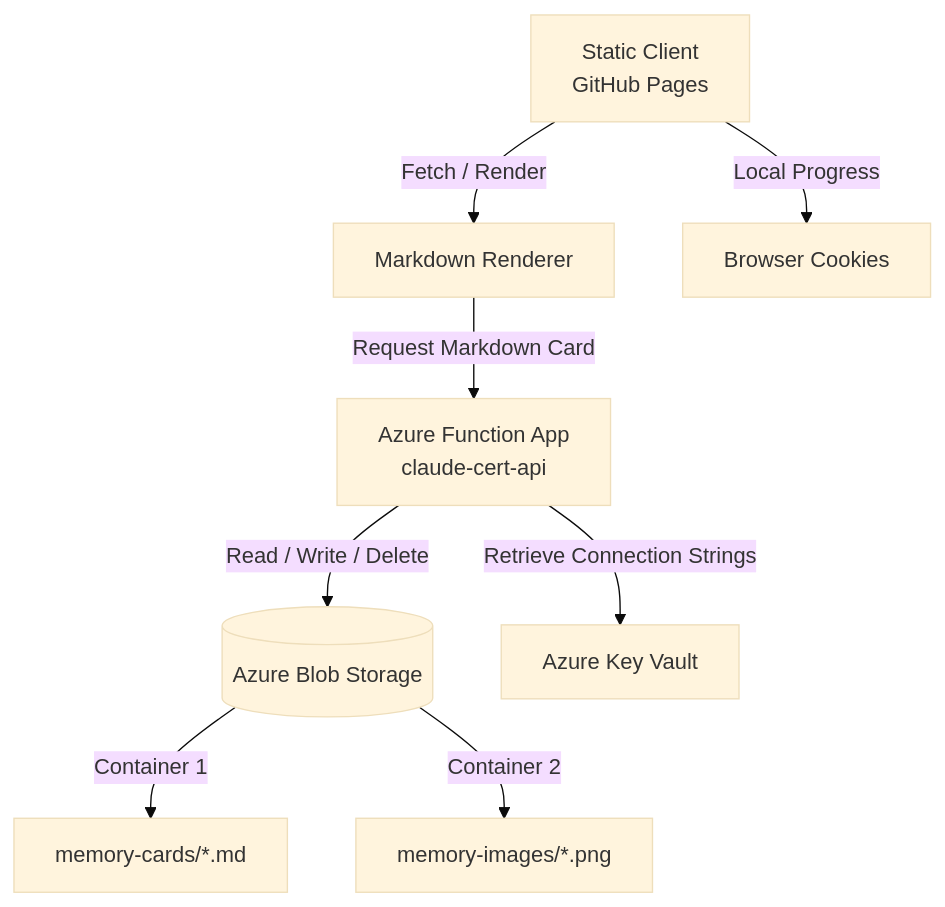
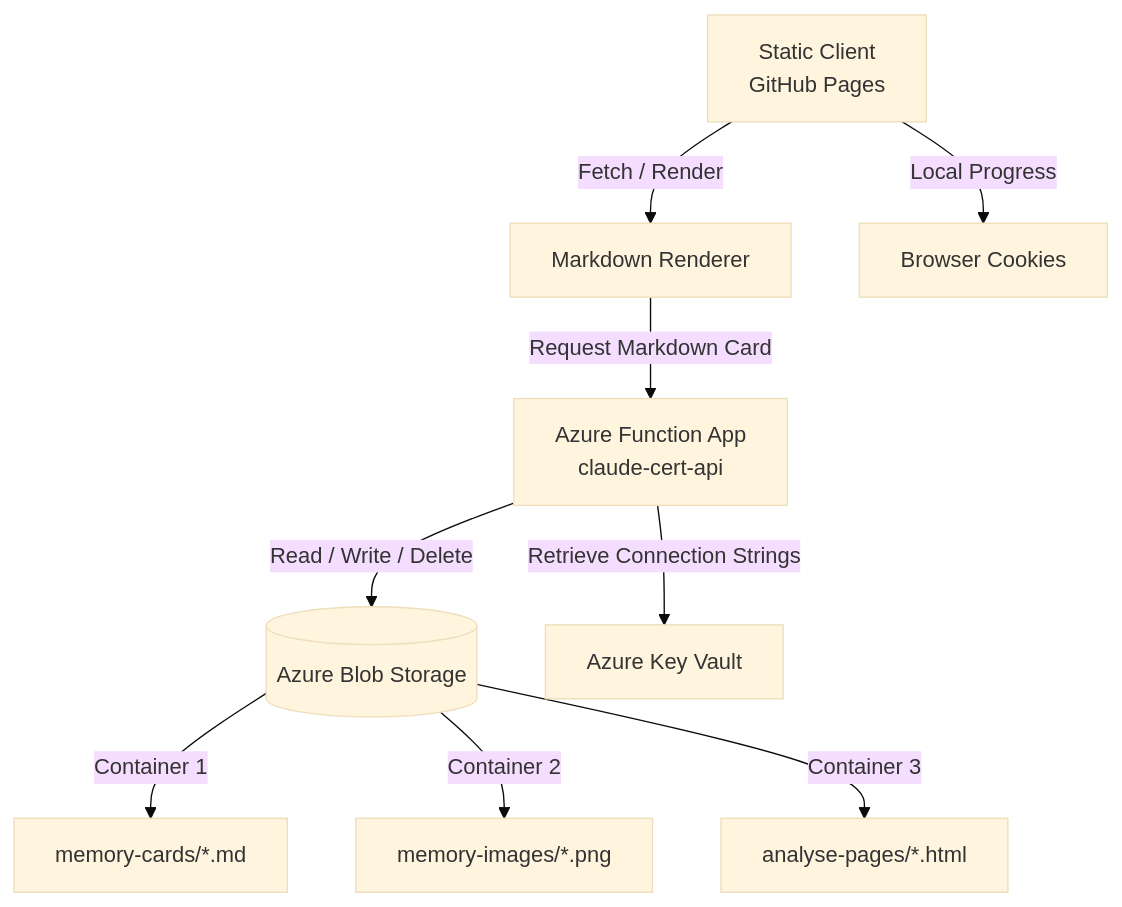
The diagram in 2_Environment/azure.md (rifaterdemsahin/claude_certification_exam), drawn with Mermaid (base theme) before and after one commit. The commit also changed other lines of this file and 2 other files, not shown here.

Commit message:
docs: document AnalysePages container, endpoint, and platform CORS setup

````diff
--- a/2_Environment/azure.md
+++ b/2_Environment/azure.md
@@ -11,13 +11,14 @@
 ```mermaid
 graph TD
     Client[Static Client<br/>GitHub Pages] -->|Fetch / Render| Render[Markdown Renderer]
     Client -->|Local Progress| Cookies[Browser Cookies]
     
     Render -->|Request Markdown Card| AzAPI[Azure Function App<br/>claude-cert-api]
     AzAPI -->|Read / Write / Delete| AzBlob[(Azure Blob Storage)]
     
     AzBlob -->|Container 1| BlobCards[memory-cards/*.md]
     AzBlob -->|Container 2| BlobImages[memory-images/*.png]
+    AzBlob -->|Container 3| BlobAnalyse[analyse-pages/*.html]
     
     AzAPI -->|Retrieve Connection Strings| AzKV[Azure Key Vault]
 ```
````
